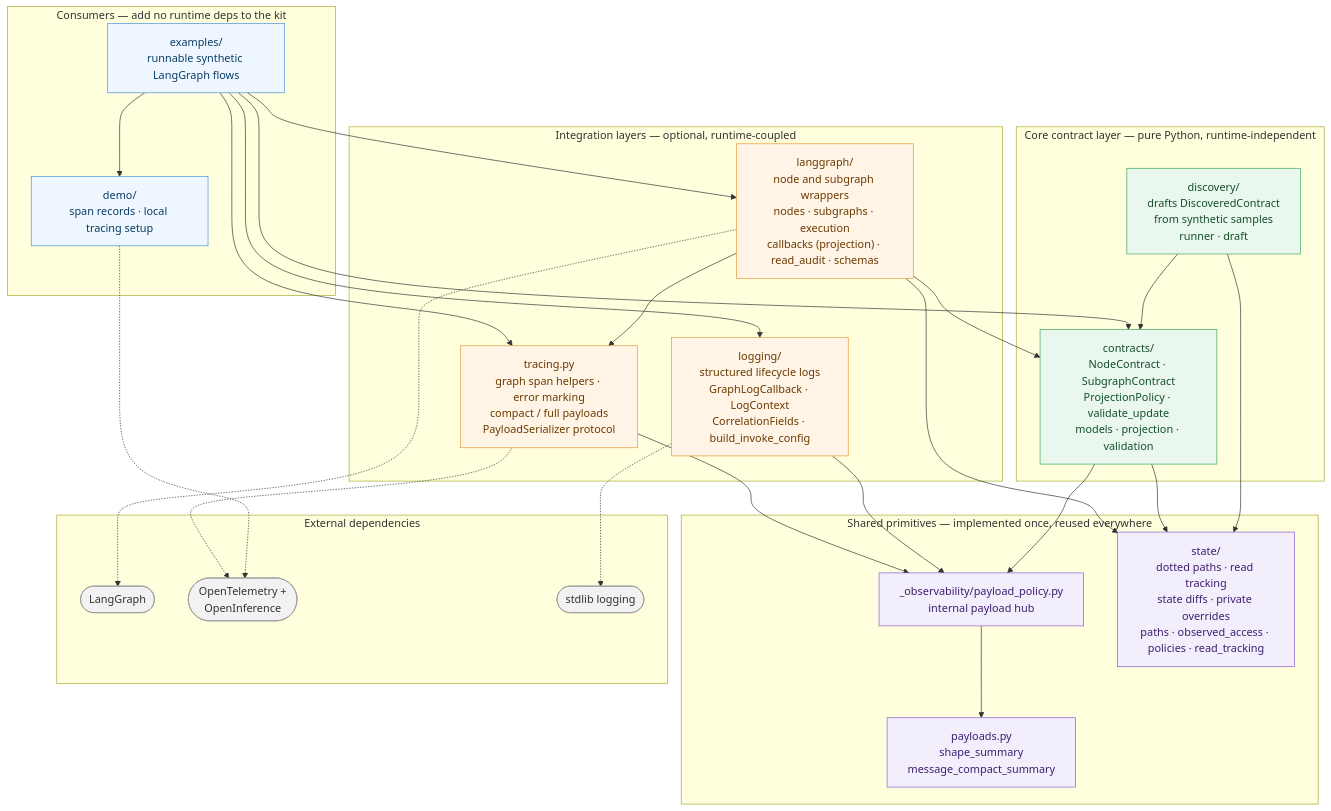
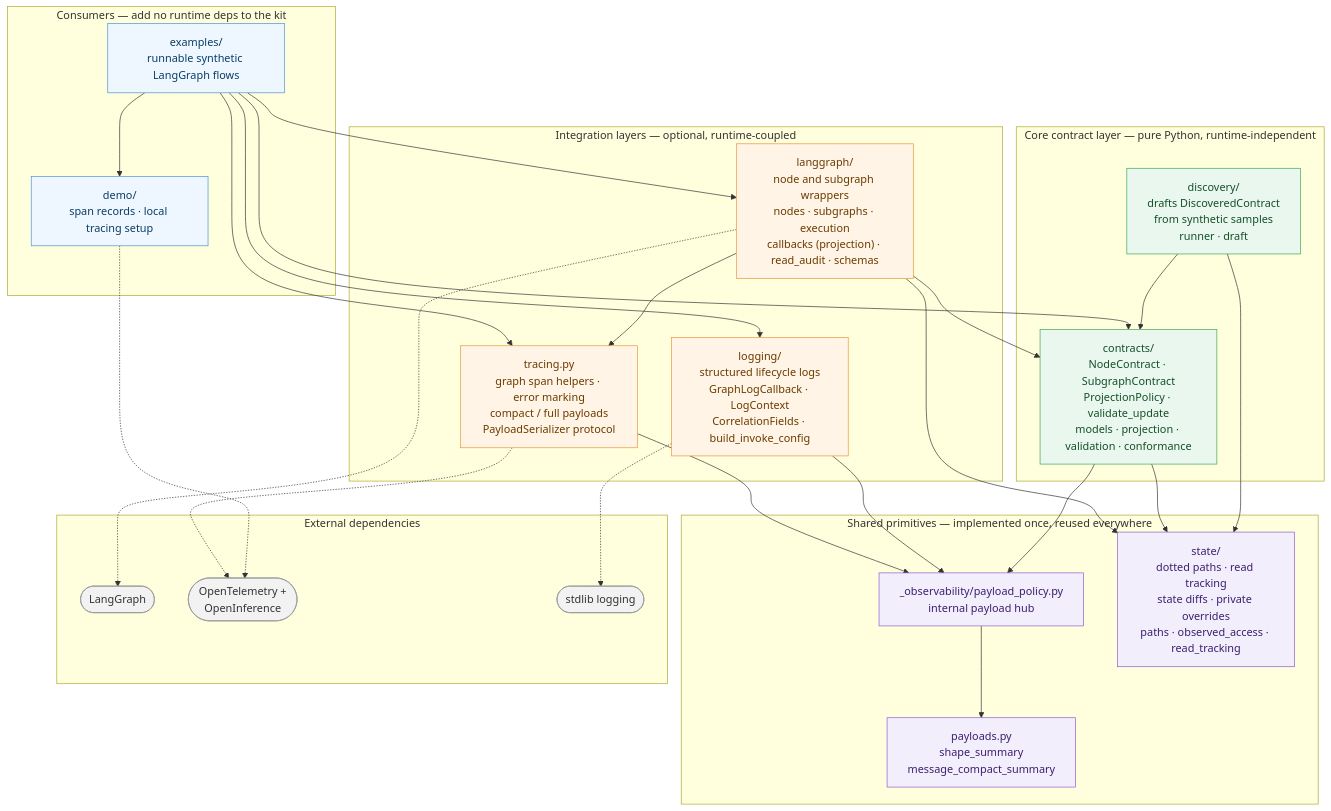
Before and after one commit to dahyeK0420/graphobs: the diagram in docs/architecture.md, drawn with Mermaid. The commit also changed other lines of this file and 32 other files, not shown here.

Commit message:
fix: consolidates internal contract-enforcement and payload-projection code into single homes

````diff
--- a/docs/architecture.md
+++ b/docs/architecture.md
@@ -12,76 +12,76 @@
 ```mermaid
 flowchart TD
     %% ---------- Consumers ----------
     subgraph consumers["Consumers — add no runtime deps to the kit"]
         examples["examples/<br/>runnable synthetic LangGraph flows"]
         demo["demo/<br/>span records · local tracing setup"]
     end
 
     %% ---------- Integration (optional, runtime-coupled) ----------
     subgraph integration["Integration layers — optional, runtime-coupled"]
         lg["langgraph/<br/>node and subgraph wrappers<br/>nodes · subgraphs · execution<br/>callbacks (projection) · read_audit · schemas"]
         tracing["tracing.py<br/>graph span helpers · error marking<br/>compact / full payloads<br/>PayloadSerializer protocol"]
         logging["logging/<br/>structured lifecycle logs<br/>GraphLogCallback · LogContext<br/>CorrelationFields · build_invoke_config"]
     end
 
     %% ---------- Core (pure Python) ----------
     subgraph core["Core contract layer — pure Python, runtime-independent"]
-        contracts["contracts/<br/>NodeContract · SubgraphContract<br/>ProjectionPolicy · validate_update<br/>models · projection · validation"]
+        contracts["contracts/<br/>NodeContract · SubgraphContract<br/>ProjectionPolicy · validate_update<br/>models · projection · validation · conformance"]
         discovery["discovery/<br/>drafts DiscoveredContract<br/>from synthetic samples<br/>runner · draft"]
     end
 
     %% ---------- Shared primitives ----------
     subgraph shared["Shared primitives — implemented once, reused everywhere"]
         policy["_observability/payload_policy.py<br/>internal payload hub"]
         payloads["payloads.py<br/>shape_summary<br/>message_compact_summary"]
-        state["state/<br/>dotted paths · read tracking<br/>state diffs · private overrides<br/>paths · observed_access · policies · read_tracking"]
+        state["state/<br/>dotted paths · read tracking<br/>state diffs · private overrides<br/>paths · observed_access · read_tracking"]
     end
 
     %% ---------- External ----------
     subgraph external["External dependencies"]
         lgrt(["LangGraph"])
         otel(["OpenTelemetry +<br/>OpenInference"])
         stdlog(["stdlib logging"])
     end
 
     %% Consumer edges
     examples --> lg
     examples --> contracts
     examples --> tracing
     examples --> logging
     examples --> demo
 
     %% Integration edges
     lg --> contracts
     lg --> state
     lg --> tracing
     tracing --> policy
     logging --> policy
 
     %% Core edges
     contracts --> policy
     contracts --> state
     discovery --> contracts
     discovery --> state
 
     %% Shared edges
     policy --> payloads
 
     %% External edges
     lg -.-> lgrt
     tracing -.-> otel
     logging -.-> stdlog
     demo -.-> otel
 
     classDef consumerCls fill:#eef7ff,stroke:#4a90d9,color:#0b3d66;
     classDef integrationCls fill:#fff4e6,stroke:#e8973a,color:#6b3b00;
     classDef coreCls fill:#eaf7ee,stroke:#3aa657,color:#14502a;
     classDef sharedCls fill:#f3eefb,stroke:#8a5cd1,color:#3d1f70;
     classDef externalCls fill:#f2f2f2,stroke:#999999,color:#333333;
 
     class examples,demo consumerCls;
     class lg,tracing,logging integrationCls;
     class contracts,discovery coreCls;
     class policy,payloads,state sharedCls;
     class lgrt,otel,stdlog externalCls;
 ```
````
